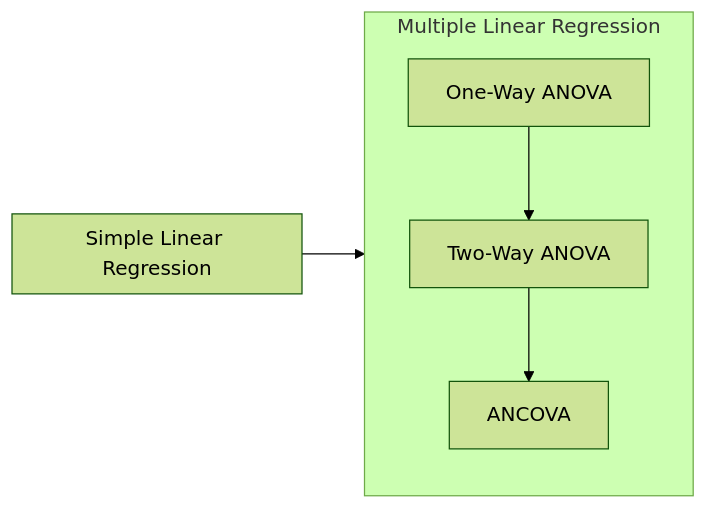
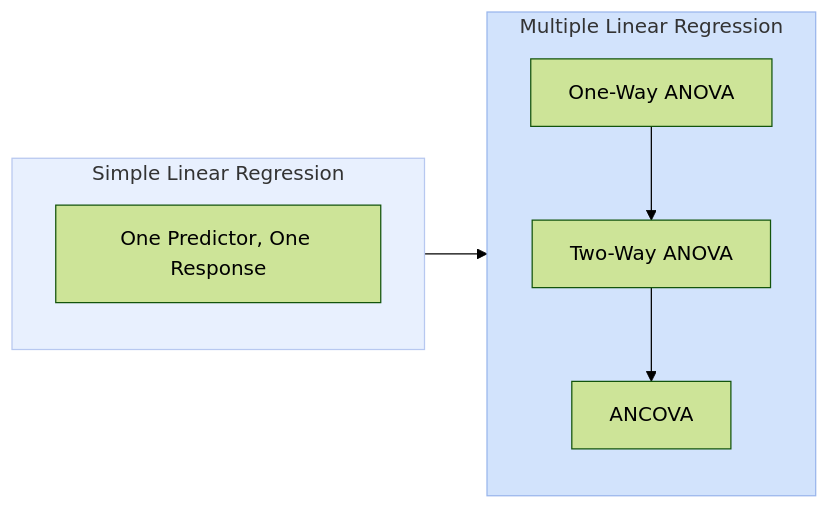
One commit to QueensleyC/stat5430project changed the second of 4 diagrams in contents/linear-model-workflow.md. Above: the diagram before and after it, drawn with Mermaid (forest theme). The commit also changed other lines of this file, not shown here.

Commit message:
Update flowcharts

````diff
--- a/contents/linear-model-workflow.md
+++ b/contents/linear-model-workflow.md
@@ -29,16 +34,22 @@
 ```{mermaid}
 flowchart LR
 
+    %% LEFT SIDE: SIMPLE LINEAR REGRESSION
     subgraph A[Simple Linear Regression]
+        A0[One Predictor, One Response]
     end
 
+    %% RIGHT SIDE: MULTIPLE LINEAR REGRESSION (with ANOVA variants)
     subgraph B[Multiple Linear Regression]
         B1[One-Way ANOVA]
         B2[Two-Way ANOVA]
         B3[ANCOVA]
         B1 --> B2 --> B3
     end
 
     A --> B
 
+    %% COOL-BLUE BACKGROUNDS
+    style A fill:#e8f0fe,stroke:#b7c8f0,stroke-width:1px
+    style B fill:#d2e3fc,stroke:#9ab6ec,stroke-width:1px
 ```
````
